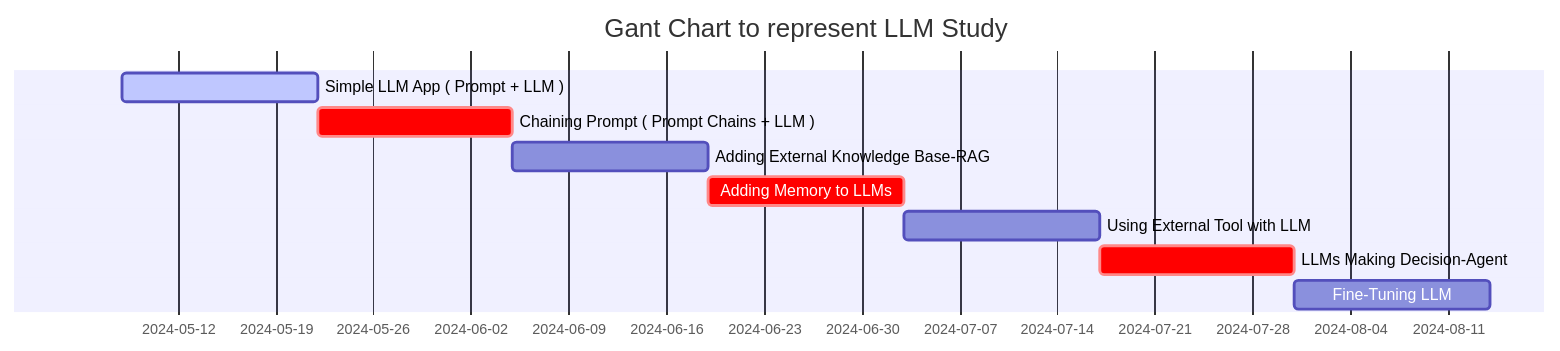
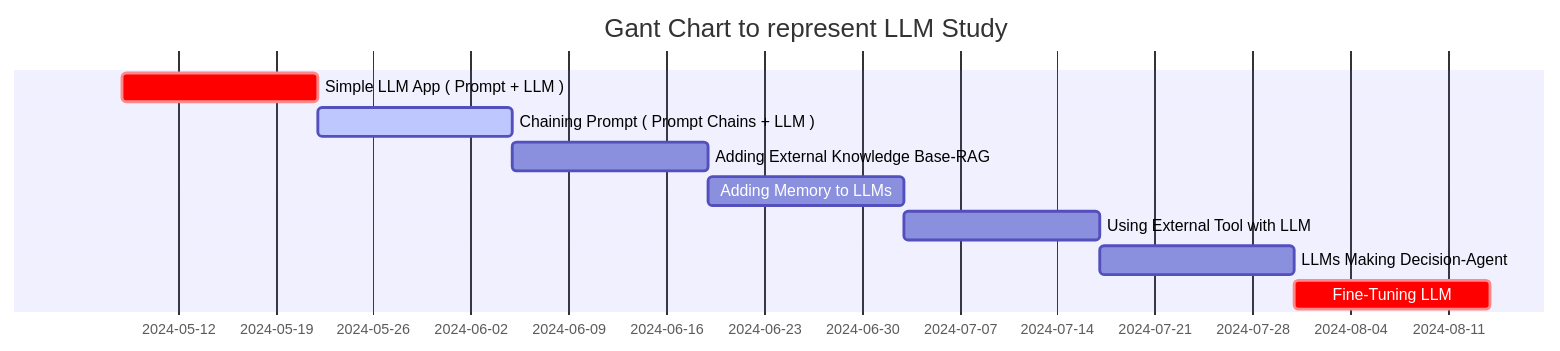
Before and after one commit to akillness/akillness.github.io: the diagram in _posts/2024-05-12-llm-course-trying.md, drawn with Mermaid. The commit also changed 1 other file, not shown here.

Commit message:
Update  mermaid

````diff
--- a/_posts/2024-05-12-llm-course-trying.md
+++ b/_posts/2024-05-12-llm-course-trying.md
@@ -26,11 +26,11 @@
 ```mermaid
  gantt
   title Gant Chart to represent LLM Study
-  Simple LLM App ( Prompt + LLM ) :active, a, 2024-05-08, 2w
-  Chaining Prompt ( Prompt Chains + LLM ) :crit, b, after a, 2w
+  Simple LLM App ( Prompt + LLM ) :crit, a, 2024-05-08, 2w
+  Chaining Prompt ( Prompt Chains + LLM ) :active, b, after a, 2w
   Adding External Knowledge Base-RAG :c, after b, 2w
-  Adding Memory to LLMs :crit, d, after c, 2w
+  Adding Memory to LLMs : d, after c, 2w
   Using External Tool with LLM : e, after d, 2w
-  LLMs Making Decision-Agent :crit, f, after e, 2w
-  Fine-Tuning LLM : g, after f, 2w
+  LLMs Making Decision-Agent : f, after e, 2w
+  Fine-Tuning LLM : crit,g, after f, 2w
 ```
````
